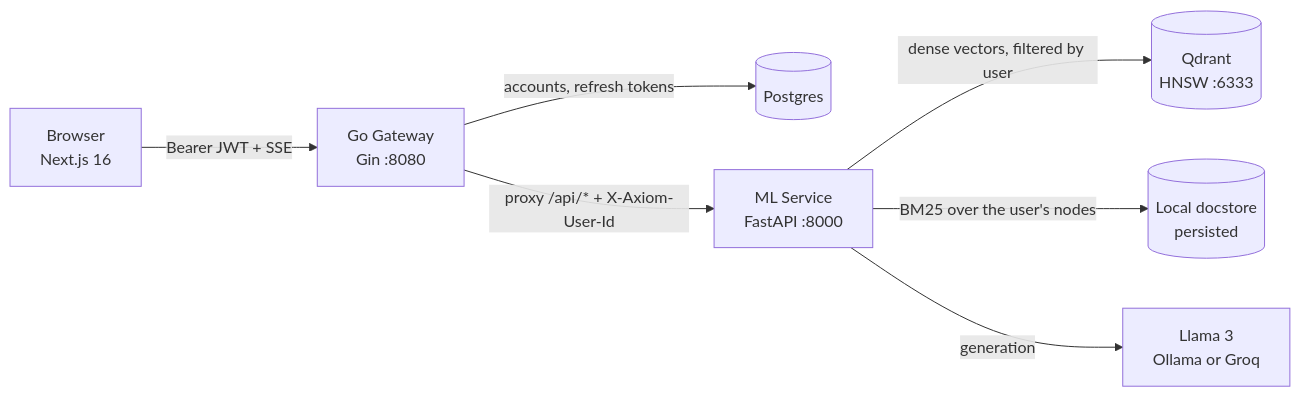
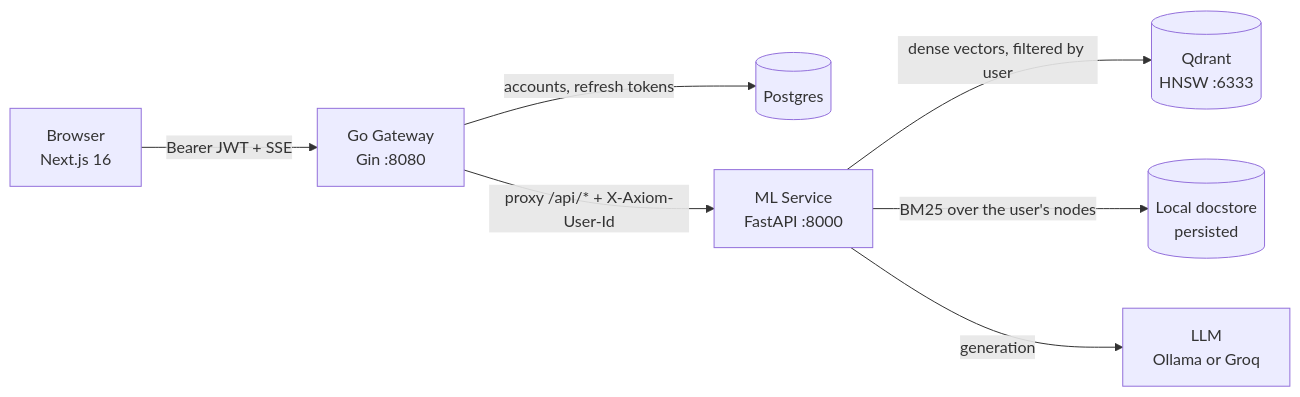
One commit to AYUSHSAINI9876/axiom-ai changed the diagram in README.md. Above: the diagram before and after it, drawn with Mermaid. The commit also changed other lines of this file and 9 other files, not shown here.

````diff
--- a/README.md
+++ b/README.md
@@ -23,9 +23,9 @@
 ```mermaid
 flowchart LR
     B[Browser<br/>Next.js 16] -->|Bearer JWT + SSE| G[Go Gateway<br/>Gin :8080]
     G -->|accounts, refresh tokens| P[(Postgres)]
     G -->|proxy /api/* + X-Axiom-User-Id| M[ML Service<br/>FastAPI :8000]
     M -->|dense vectors, filtered by user| Q[(Qdrant<br/>HNSW :6333)]
     M -->|BM25 over the user's nodes| D[(Local docstore<br/>persisted)]
-    M -->|generation| L[Llama 3<br/>Ollama or Groq]
+    M -->|generation| L[LLM<br/>Ollama or Groq]
 ```
````
